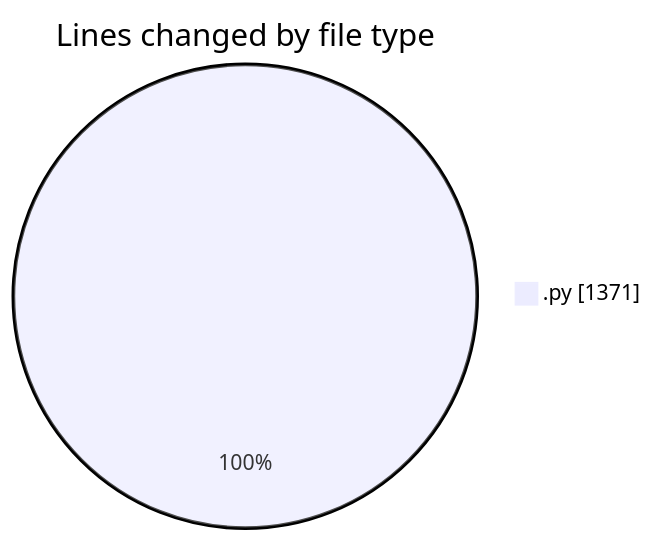
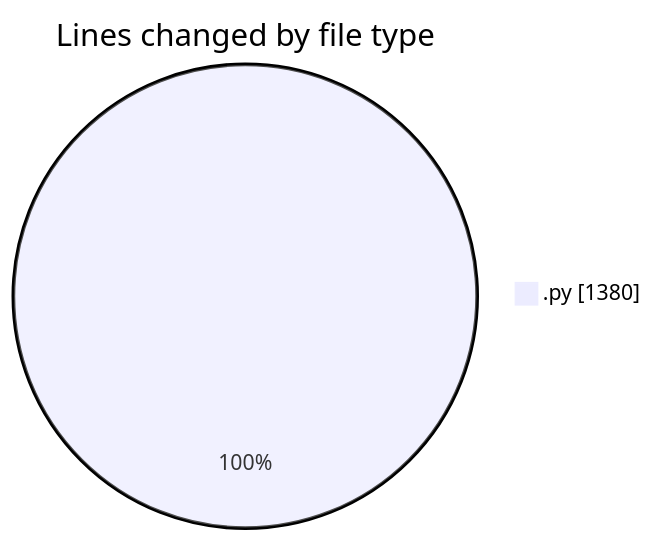
Before and after one commit to MatusMokan/code-tracking: the first of 2 diagrams in 2025-03-26/myws__workspace_/README.md, drawn with Mermaid. The commit also changed other lines of this file and 1 other file, not shown here.

````diff
--- a/2025-03-26/myws__workspace_/README.md
+++ b/2025-03-26/myws__workspace_/README.md
@@ -20,5 +20,5 @@
 ```mermaid
 pie showData
 title Lines changed by file type
-".py" : 1371
+".py" : 1380
 ```
````
